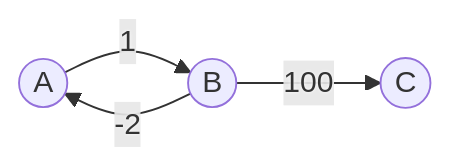
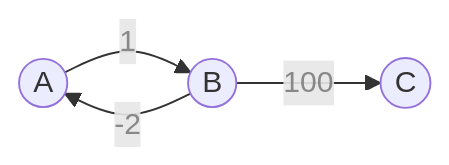
The third of 3 diagrams in _posts/2024-01-07-bellman_ford.md (CHOYUNSIG/algorithm_with_boj), drawn with Mermaid before and after one commit. The commit also changed other lines of this file and 3 other files, not shown here.

````diff
--- a/_posts/2024-01-07-bellman_ford.md
+++ b/_posts/2024-01-07-bellman_ford.md
@@ -95,10 +95,10 @@
-```mermaid!
-graph LR
-A -- <p style="text-shadow: 0px 0px 2px #FFF">1</p> --> B
-B -- <p style="text-shadow: 0px 0px 2px #FFF">-2</p> --> A
-B -- <p style="text-shadow: 0px 0px 2px #FFF">100</p> --> C
+<pre class="mermaid">
+    graph LR
+    A -- <p style="color: #888">1</p> --> B
+    B -- <p style="color: #888">-2</p> --> A
+    B -- <p style="color: #888">100</p> --> C
 
-A((A))
-B((B))
-C((C))
-```
+    A((A))
+    B((B))
+    C((C))
+</pre>
````
